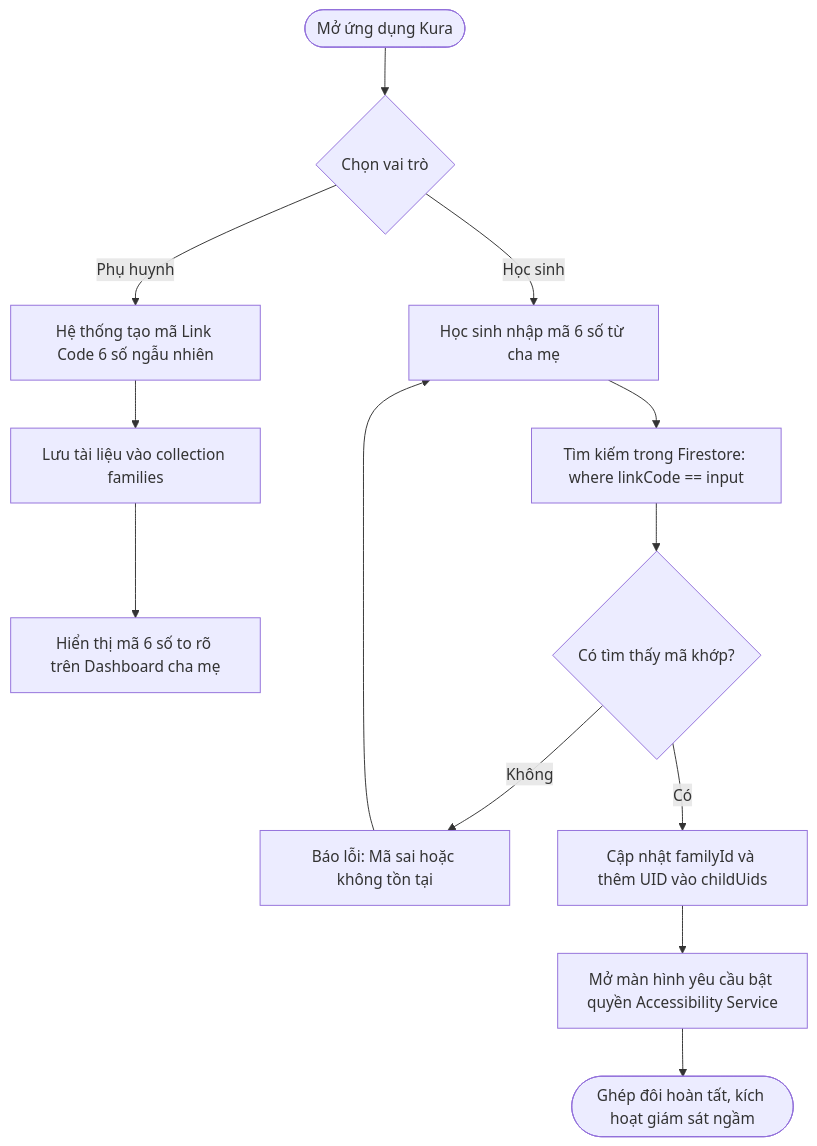
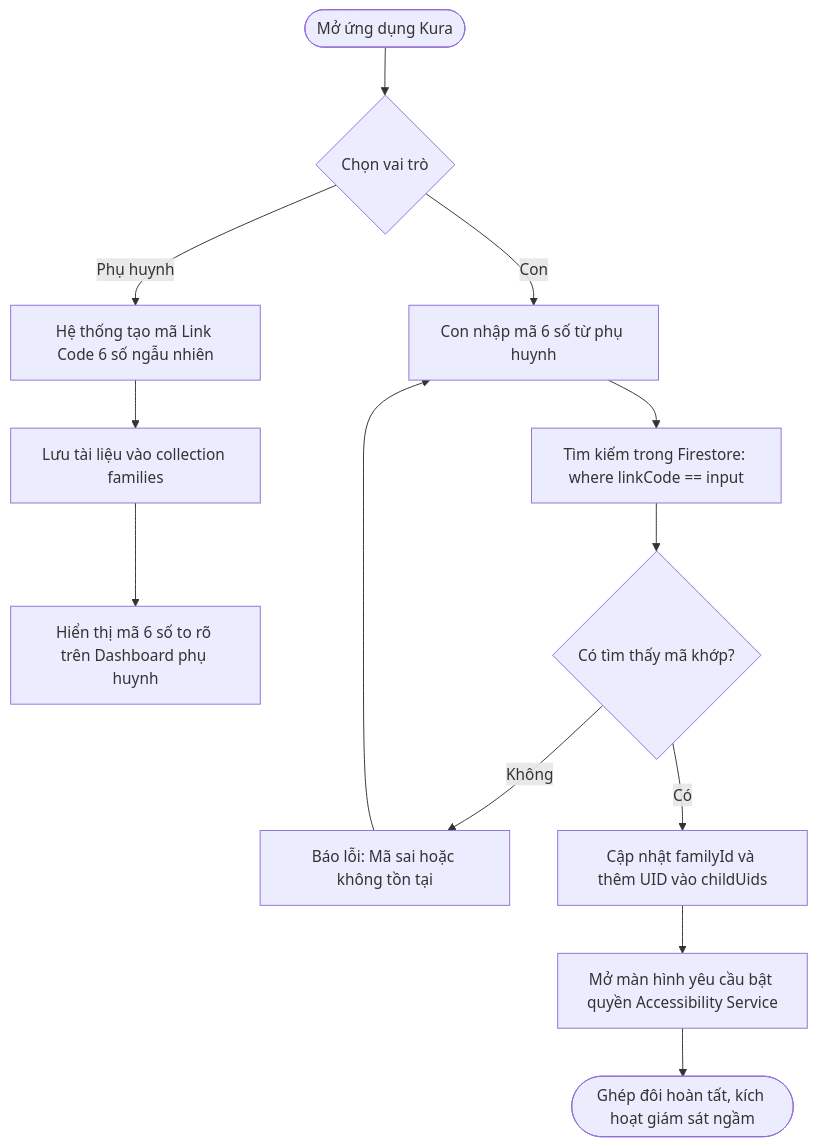
One commit to minhduc01168/KidGuardian-THPT changed the ninth of 20 diagrams in docs/Kura_Technical_Analysis.md. Above: the diagram before and after it, drawn with Mermaid. The commit also changed other lines of this file, not shown here.

Commit message:
docs: standardize terminology to Kura, Phụ huynh and Con, align diagrams with codebase

````diff
--- a/docs/Kura_Technical_Analysis.md
+++ b/docs/Kura_Technical_Analysis.md
@@ -653,19 +653,19 @@
 ```mermaid
 flowchart TD
-    StartPair([Mở ứng dụng Kura]) --> CheckRole{Chọn vai trò}
-    
-    CheckRole -- Phụ huynh --> CreateFamily[Hệ thống tạo mã Link Code 6 số ngẫu nhiên]
-    CreateFamily --> SaveFamily[Lưu tài liệu vào collection families]
-    SaveFamily --> DisplayCode[Hiển thị mã 6 số to rõ trên Dashboard cha mẹ]
-    
-    CheckRole -- Học sinh --> EnterCode[Học sinh nhập mã 6 số từ cha mẹ]
-    EnterCode --> QueryCode[Tìm kiếm trong Firestore: where linkCode == input]
-    
-    QueryCode --> CheckFound{Có tìm thấy mã khớp?}
-    CheckFound -- Không --> ErrorPrompt[Báo lỗi: Mã sai hoặc không tồn tại]
-    ErrorPrompt --> EnterCode
-    
-    CheckFound -- Có --> LinkProfile[Cập nhật familyId và thêm UID vào childUids]
-    LinkProfile --> ReqA11y[Mở màn hình yêu cầu bật quyền Accessibility Service]
-    ReqA11y --> EndPair([Ghép đôi hoàn tất, kích hoạt giám sát ngầm])
+ StartPair([Mở ứng dụng Kura]) --> CheckRole{Chọn vai trò}
+ 
+ CheckRole -- Phụ huynh --> CreateFamily[Hệ thống tạo mã Link Code 6 số ngẫu nhiên]
+ CreateFamily --> SaveFamily[Lưu tài liệu vào collection families]
+ SaveFamily --> DisplayCode[Hiển thị mã 6 số to rõ trên Dashboard phụ huynh]
+ 
+ CheckRole -- Con --> EnterCode[Con nhập mã 6 số từ phụ huynh]
+ EnterCode --> QueryCode[Tìm kiếm trong Firestore: where linkCode == input]
+ 
+ QueryCode --> CheckFound{Có tìm thấy mã khớp?}
+ CheckFound -- Không --> ErrorPrompt[Báo lỗi: Mã sai hoặc không tồn tại]
+ ErrorPrompt --> EnterCode
+ 
+ CheckFound -- Có --> LinkProfile[Cập nhật familyId và thêm UID vào childUids]
+ LinkProfile --> ReqA11y[Mở màn hình yêu cầu bật quyền Accessibility Service]
+ ReqA11y --> EndPair([Ghép đôi hoàn tất, kích hoạt giám sát ngầm])
 ```
````
